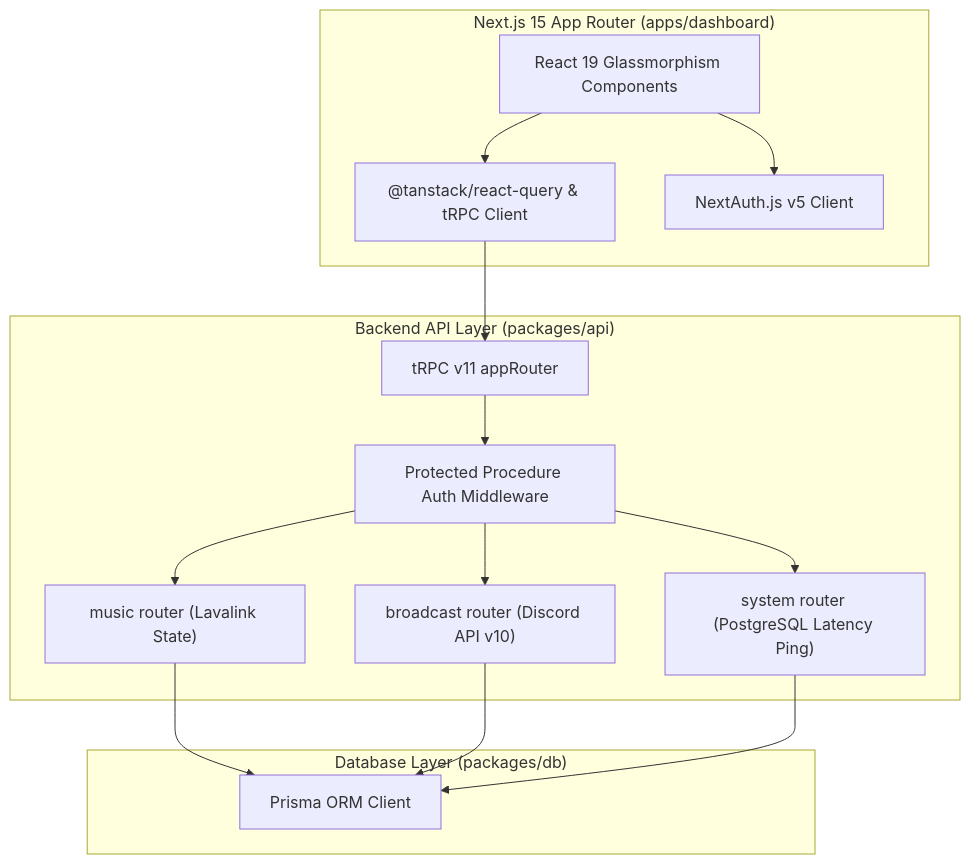
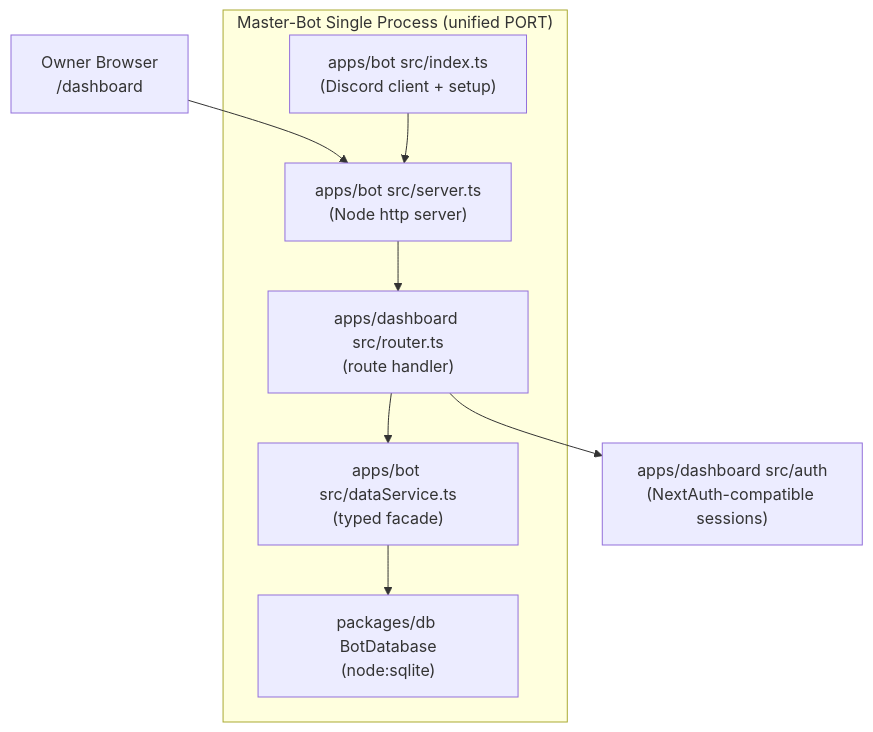
The diagram in wiki/Dashboard-Architecture.md (PhantomNimbi/Master-Bot), drawn with Mermaid before and after one commit. The commit also changed other lines of this file and 31 other files, not shown here.

Commit message:
rebuild: complete HELIX alignment — single-process, single-PORT, green Vitest 4, docs sync

````diff
--- a/wiki/Dashboard-Architecture.md
+++ b/wiki/Dashboard-Architecture.md
@@ -9,31 +9,19 @@
 ```mermaid
 flowchart TD
-    subgraph Client["Next.js 15 App Router (apps/dashboard)"]
-        UI["React 19 Glassmorphism Components"]
-        tRPCClient["@tanstack/react-query & tRPC Client"]
-        NextAuth["NextAuth.js v5 Client"]
+    subgraph Process["Master-Bot Single Process (unified PORT)"]
+        Bot["apps/bot src/index.ts<br/>(Discord client + setup)"]
+        Server["apps/bot src/server.ts<br/>(Node http server)"]
+        Dash["apps/dashboard src/router.ts<br/>(route handler)"]
+        DataService["apps/bot src/dataService.ts<br/>(typed facade)"]
+        DB["packages/db BotDatabase<br/>(node:sqlite)"]
     end
 
-    subgraph API["Backend API Layer (packages/api)"]
-        Router["tRPC v11 appRouter"]
-        AuthMiddleware["Protected Procedure Auth Middleware"]
-        MusicRouter["music router (Lavalink State)"]
-        BroadcastRouter["broadcast router (Discord API v10)"]
-        SystemRouter["system router (PostgreSQL Latency Ping)"]
-    end
+    Browser["Owner Browser<br/>/dashboard"]
 
-    subgraph DB["Database Layer (packages/db)"]
-        Prisma["Prisma ORM Client"]
-    end
-
-    UI --> tRPCClient
-    UI --> NextAuth
-    tRPCClient --> Router
-    Router --> AuthMiddleware
-    AuthMiddleware --> MusicRouter
-    AuthMiddleware --> BroadcastRouter
-    AuthMiddleware --> SystemRouter
-    MusicRouter --> Prisma
-    BroadcastRouter --> Prisma
-    SystemRouter --> Prisma
+    Browser --> Server
+    Server --> Dash
+    Dash --> DataService
+    DataService --> DB
+    Dash --> Auth["apps/dashboard src/auth<br/>(NextAuth-compatible sessions)"]
+    Bot --> Server
 ```
````
